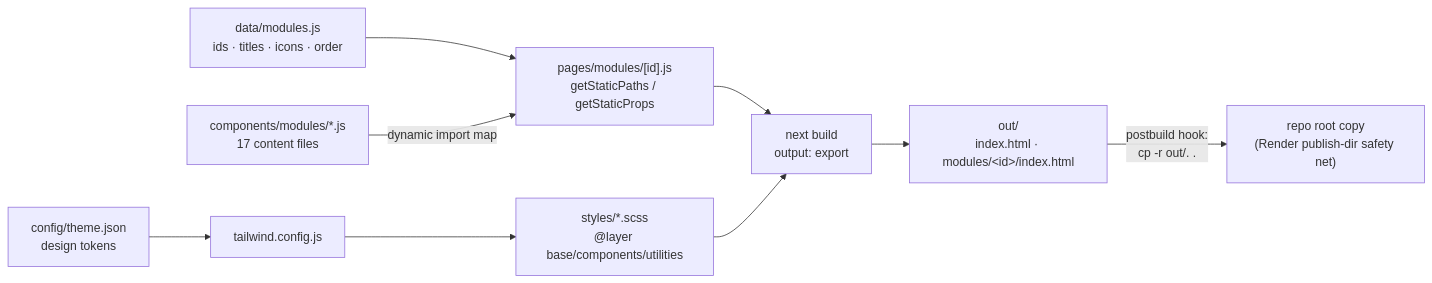
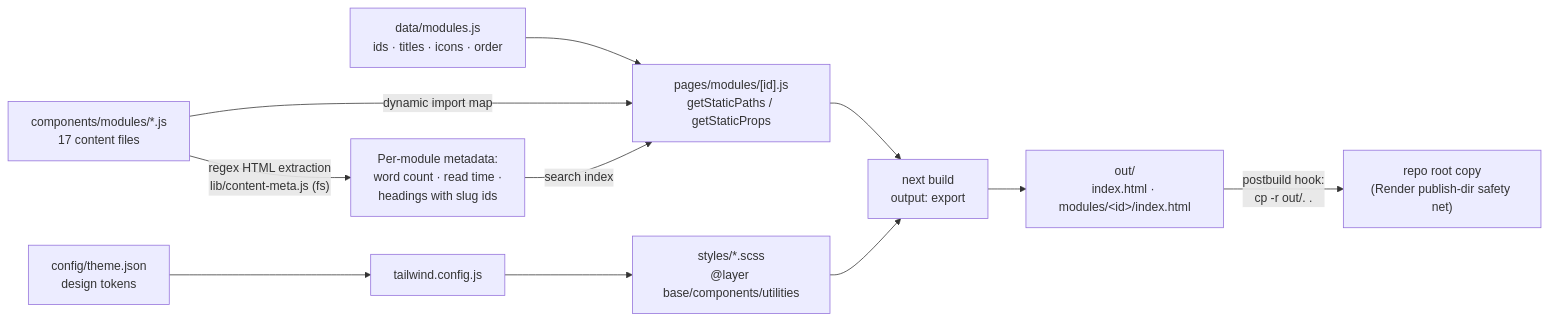
One commit to ammdevl/lfs-101-notes changed the first of 2 diagrams in docs/architecture.md. Above: the diagram before and after it, drawn with Mermaid. The commit also changed other lines of this file and 38 other files, not shown here.

````diff
--- a/docs/architecture.md
+++ b/docs/architecture.md
@@ -7,14 +7,16 @@
 ```mermaid
 flowchart LR
     A["config/theme.json<br/>design tokens"] --> B["tailwind.config.js"]
     B --> C["styles/*.scss<br/>@layer base/components/utilities"]
 
     D["data/modules.js<br/>ids · titles · icons · order"] --> E["pages/modules/[id].js<br/>getStaticPaths / getStaticProps"]
 
     F["components/modules/*.js<br/>17 content files"] -->|dynamic import map| E
+    F -->|"regex HTML extraction<br/>lib/content-meta.js (fs)"| M["Per-module metadata:<br/>word count · read time ·<br/>headings with slug ids"]
+    M -->|"search index"| E
 
     E --> G["next build<br/>output: export"]
     C --> G
     G --> H["out/<br/>index.html · modules/&lt;id&gt;/index.html"]
     H -->|"postbuild hook:<br/>cp -r out/. ."| I["repo root copy<br/>(Render publish-dir safety net)"]
 ```
````
